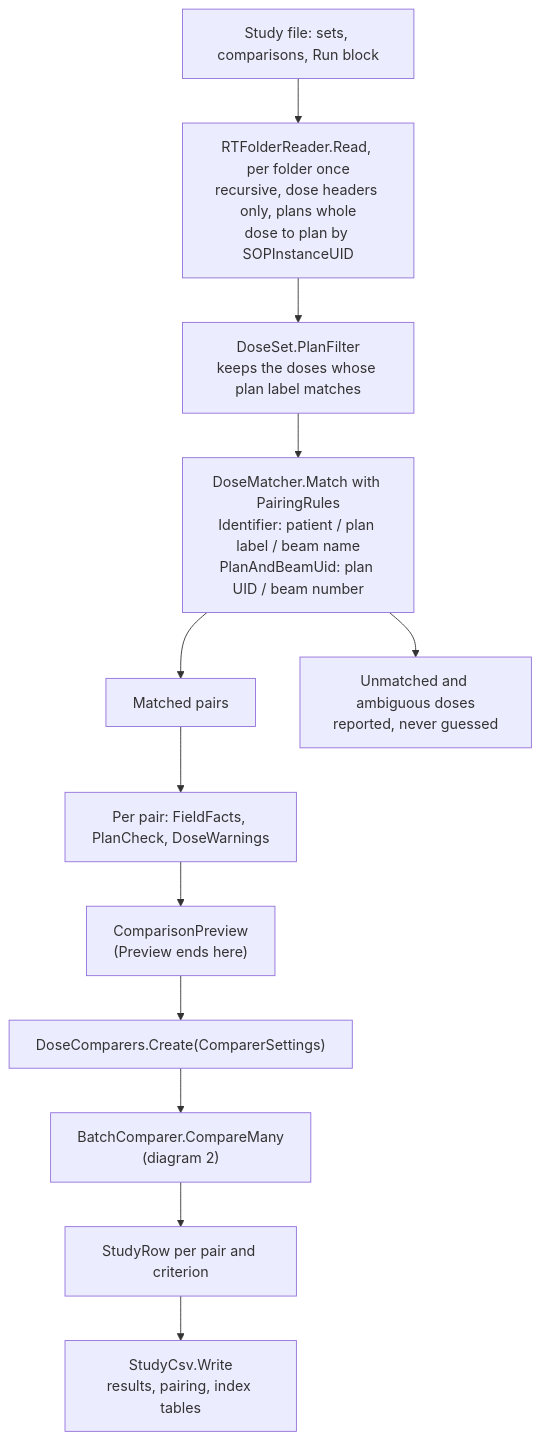
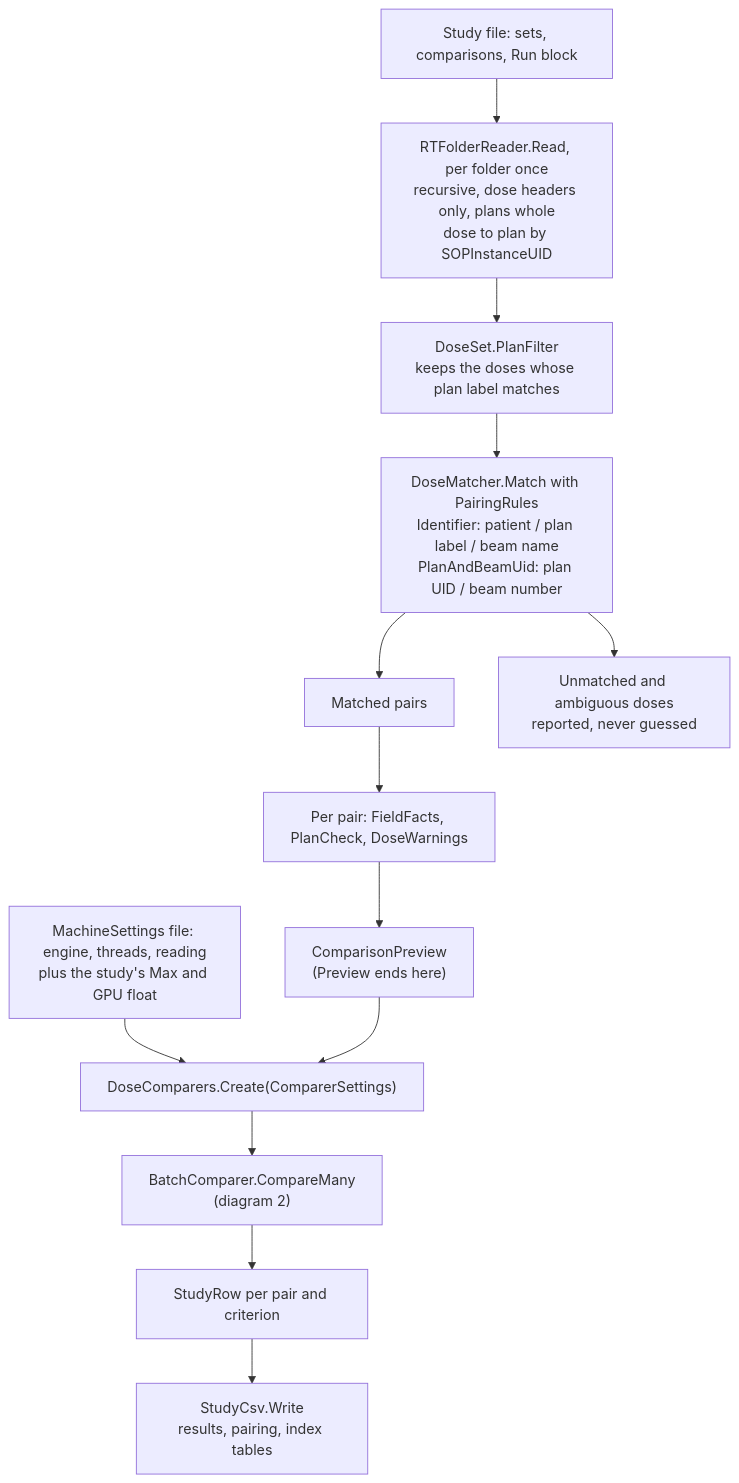
The first of 4 diagrams in design/data-flow.md (crcrewso/DicomStrictCompare), drawn with Mermaid before and after one commit. The commit also changed other lines of this file and 10 other files, not shown here.

First line of the commit message:
Settings: a per-machine settings file and Settings tab; agreed reading defaults

````diff
--- a/design/data-flow.md
+++ b/design/data-flow.md
@@ -10,14 +10,15 @@
 ```mermaid
 flowchart TD
     study["Study file: sets, comparisons, Run block"] --> read
     read["RTFolderReader.Read, per folder once<br/>recursive, dose headers only, plans whole<br/>dose to plan by SOPInstanceUID"] --> filter
     filter["DoseSet.PlanFilter<br/>keeps the doses whose plan label matches"] --> match
     match["DoseMatcher.Match with PairingRules<br/>Identifier: patient / plan label / beam name<br/>PlanAndBeamUid: plan UID / beam number"] --> pairs
     match --> unmatched["Unmatched and ambiguous doses<br/>reported, never guessed"]
     pairs["Matched pairs"] --> facts["Per pair: FieldFacts, PlanCheck, DoseWarnings"]
     facts --> preview["ComparisonPreview<br/>(Preview ends here)"]
+    machine["MachineSettings file: engine, threads, reading<br/>plus the study's Max and GPU float"] --> engine
     preview --> engine["DoseComparers.Create(ComparerSettings)"]
     engine --> batch["BatchComparer.CompareMany<br/>(diagram 2)"]
     batch --> rows["StudyRow per pair and criterion"]
     rows --> csv["StudyCsv.Write<br/>results, pairing, index tables"]
 ```
````
